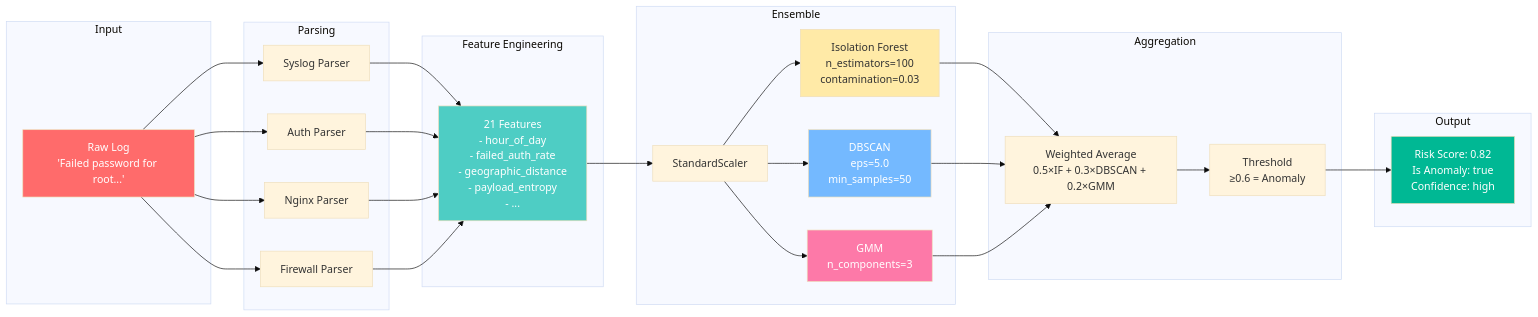
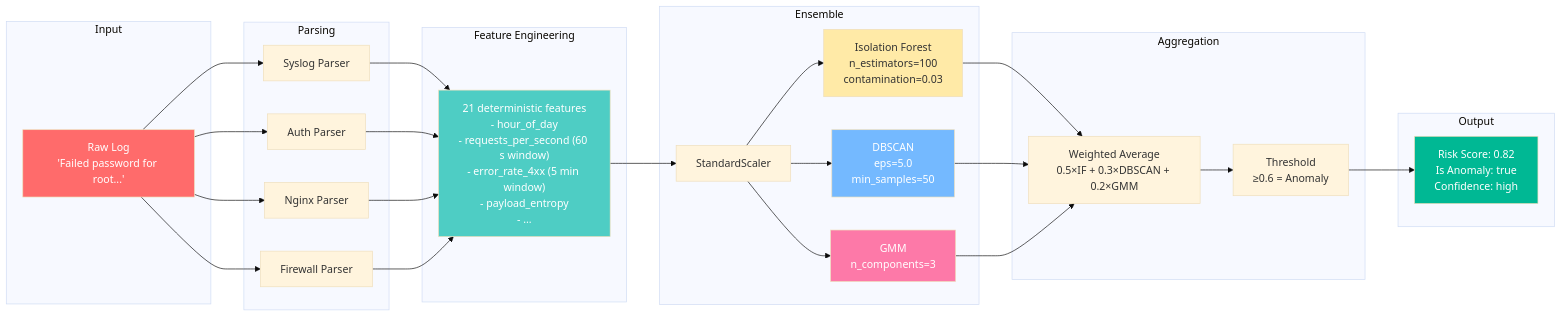
The third of 5 diagrams in docs/ARCHITECTURE.md (infantesromeroadrian/SIEM-Anomaly-Detector-ML), drawn with Mermaid (base theme) before and after one commit. The commit also changed other lines of this file and 7 other files, not shown here.

First line of the commit message:
docs(readme): honest README, architecture docs, license and screenshots

````diff
--- a/docs/ARCHITECTURE.md
+++ b/docs/ARCHITECTURE.md
@@ -179,50 +181,50 @@
 ```mermaid
 graph LR
     subgraph "Input"
         LOG["Raw Log<br/>'Failed password for root...'"]
     end
     
     subgraph "Parsing"
         P1["Syslog Parser"]
         P2["Auth Parser"]
         P3["Nginx Parser"]
         P4["Firewall Parser"]
     end
     
     subgraph "Feature Engineering"
-        F["21 Features<br/>- hour_of_day<br/>- failed_auth_rate<br/>- geographic_distance<br/>- payload_entropy<br/>- ..."]
+        F["21 deterministic features<br/>- hour_of_day<br/>- requests_per_second (60 s window)<br/>- error_rate_4xx (5 min window)<br/>- payload_entropy<br/>- ..."]
     end
     
     subgraph "Ensemble"
         SC["StandardScaler"]
         IF["Isolation Forest<br/>n_estimators=100<br/>contamination=0.03"]
         DBSCAN["DBSCAN<br/>eps=5.0<br/>min_samples=50"]
         GMM["GMM<br/>n_components=3"]
     end
     
     subgraph "Aggregation"
         W["Weighted Average<br/>0.5×IF + 0.3×DBSCAN + 0.2×GMM"]
         TH["Threshold<br/>≥0.6 = Anomaly"]
     end
     
     subgraph "Output"
         OUT["Risk Score: 0.82<br/>Is Anomaly: true<br/>Confidence: high"]
     end
     
     LOG --> P1 & P2 & P3 & P4
     P1 & P2 & P3 & P4 --> F
     F --> SC
     SC --> IF & DBSCAN & GMM
     IF --> W
     DBSCAN --> W
     GMM --> W
     W --> TH
     TH --> OUT
     
     style LOG fill:#ff6b6b,color:#fff
     style F fill:#4ecdc4,color:#fff
     style IF fill:#ffeaa7,color:#333
     style DBSCAN fill:#74b9ff,color:#fff
     style GMM fill:#fd79a8,color:#fff
     style OUT fill:#00b894,color:#fff
 ```
````
